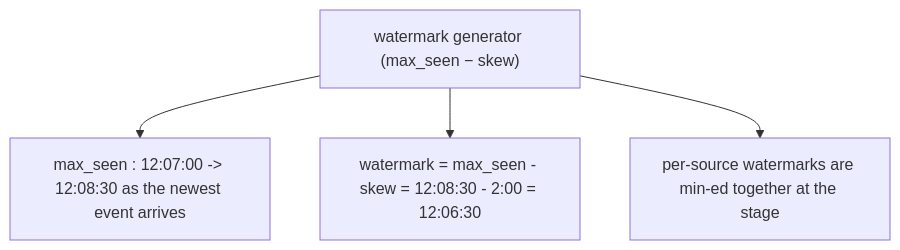
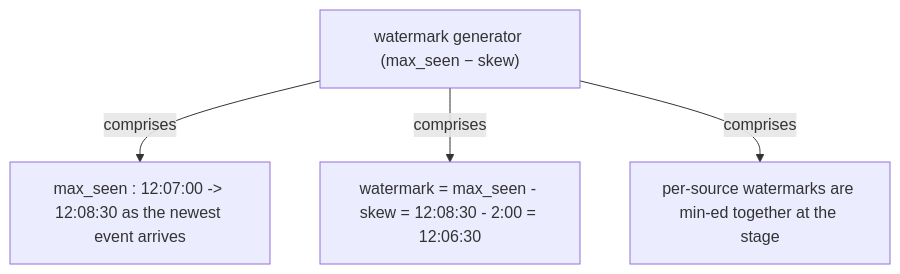
One commit to vinayakuber/streaming-systems-study-guide changed the fifth of 19 diagrams in docs/ch03-watermarks.md. Above: the diagram before and after it, drawn with Mermaid. The commit also changed other lines of this file and 22 other files, not shown here.

First line of the commit message:
R18: label every diagram arrow with its meaning

````diff
--- a/docs/ch03-watermarks.md
+++ b/docs/ch03-watermarks.md
@@ -161,7 +161,7 @@
 ```mermaid
 flowchart TD
   R["watermark generator (max_seen − skew)"]
-  R --> P0["max_seen : 12:07:00 -&gt; 12:08:30 as the newest event arrives"]
-  R --> P1["watermark = max_seen - skew = 12:08:30 - 2:00 = 12:06:30"]
-  R --> P2["per-source watermarks are min-ed together at the stage"]
+  R -->|"comprises"| P0["max_seen : 12:07:00 -&gt; 12:08:30 as the newest event arrives"]
+  R -->|"comprises"| P1["watermark = max_seen - skew = 12:08:30 - 2:00 = 12:06:30"]
+  R -->|"comprises"| P2["per-source watermarks are min-ed together at the stage"]
 ```
````
